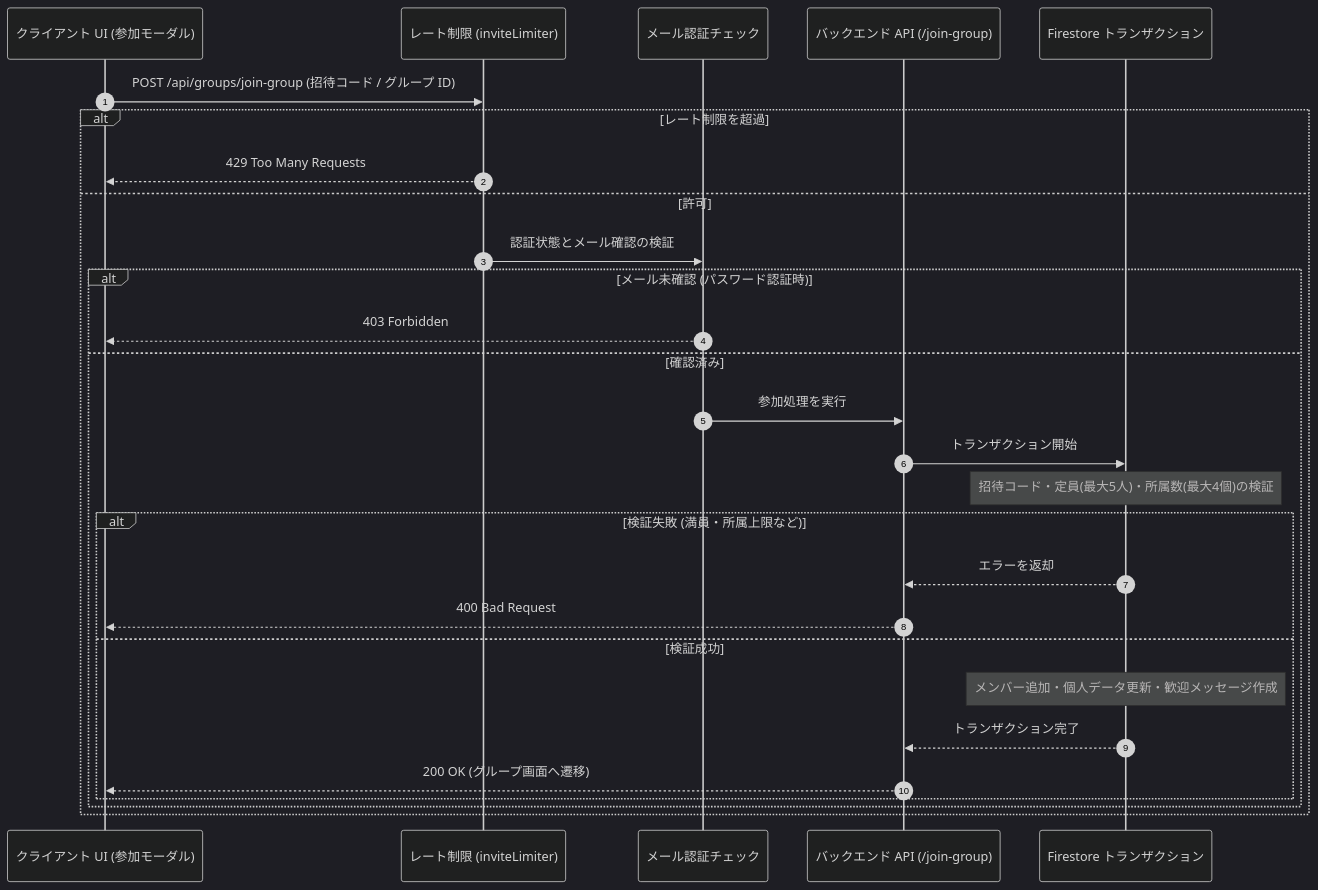
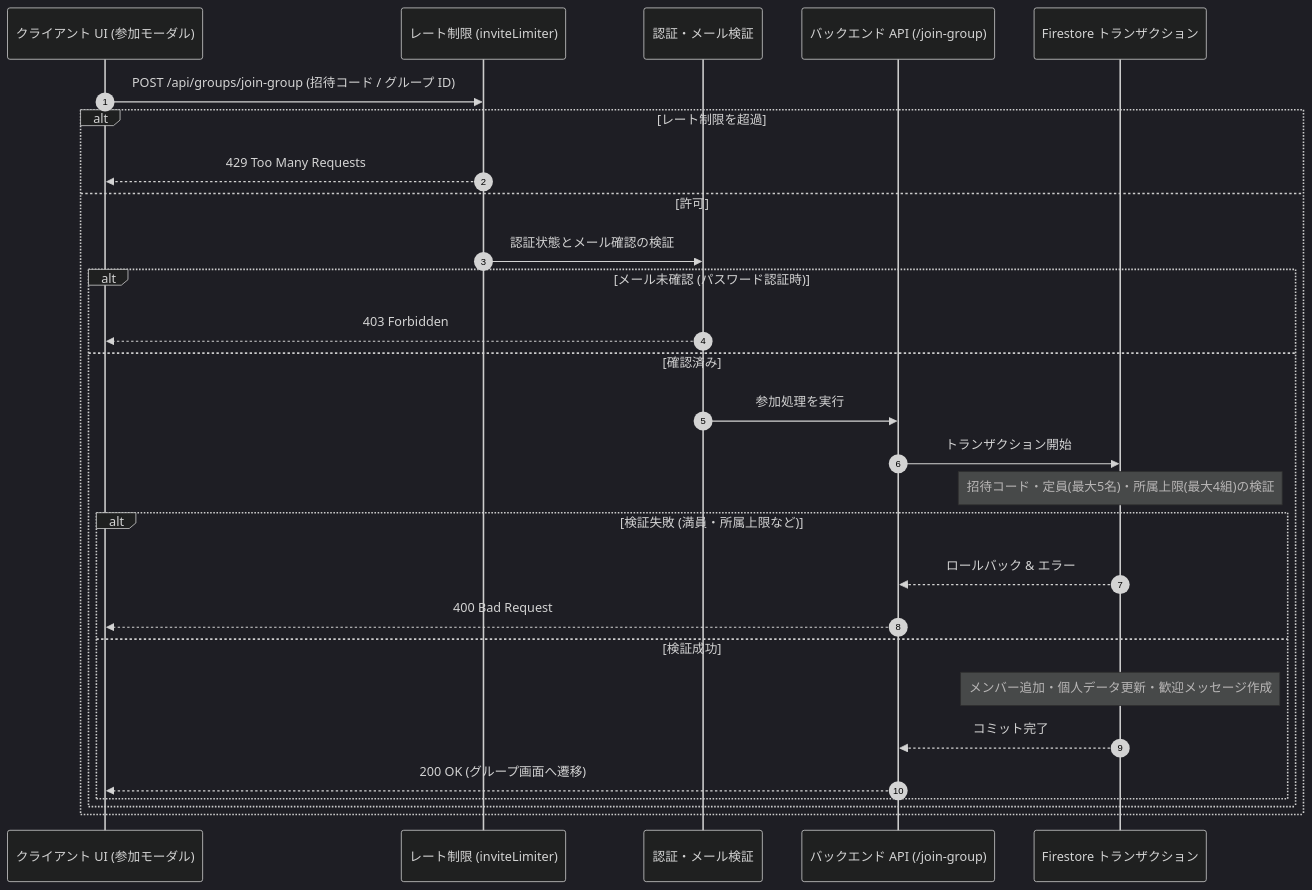
One commit to ScriptureHabit/scripture-habit changed the diagram in docs/ja/group-invites.md. Above: the diagram before and after it, drawn with Mermaid (dark theme). The commit also changed other lines of this file and 57 other files, not shown here.

Commit message:
docs: refine documentation prose and add structured diagram breakdowns across JA and EN

````diff
--- a/docs/ja/group-invites.md
+++ b/docs/ja/group-invites.md
@@ -11,31 +11,31 @@
 ```mermaid
 sequenceDiagram
     autonumber
     participant UI as クライアント UI (参加モーダル)
     participant Rate as レート制限 (inviteLimiter)
-    participant Auth as メール認証チェック
+    participant Auth as 認証・メール検証
     participant API as バックエンド API (/join-group)
     participant DB as Firestore トランザクション
 
     UI->>Rate: POST /api/groups/join-group (招待コード / グループ ID)
     alt レート制限を超過
         Rate-->>UI: 429 Too Many Requests
     else 許可
         Rate->>Auth: 認証状態とメール確認の検証
         alt メール未確認 (パスワード認証時)
             Auth-->>UI: 403 Forbidden
         else 確認済み
             Auth->>API: 参加処理を実行
             API->>DB: トランザクション開始
-            Note over DB: 招待コード・定員(最大5人)・所属数(最大4個)の検証
+            Note over DB: 招待コード・定員(最大5名)・所属上限(最大4組)の検証
             alt 検証失敗 (満員・所属上限など)
-                DB-->>API: エラーを返却
+                DB-->>API: ロールバック & エラー
                 API-->>UI: 400 Bad Request
             else 検証成功
                 Note over DB: メンバー追加・個人データ更新・歓迎メッセージ作成
-                DB-->>API: トランザクション完了
+                DB-->>API: コミット完了
                 API-->>UI: 200 OK (グループ画面へ遷移)
             end
         end
     end
 ```
````
